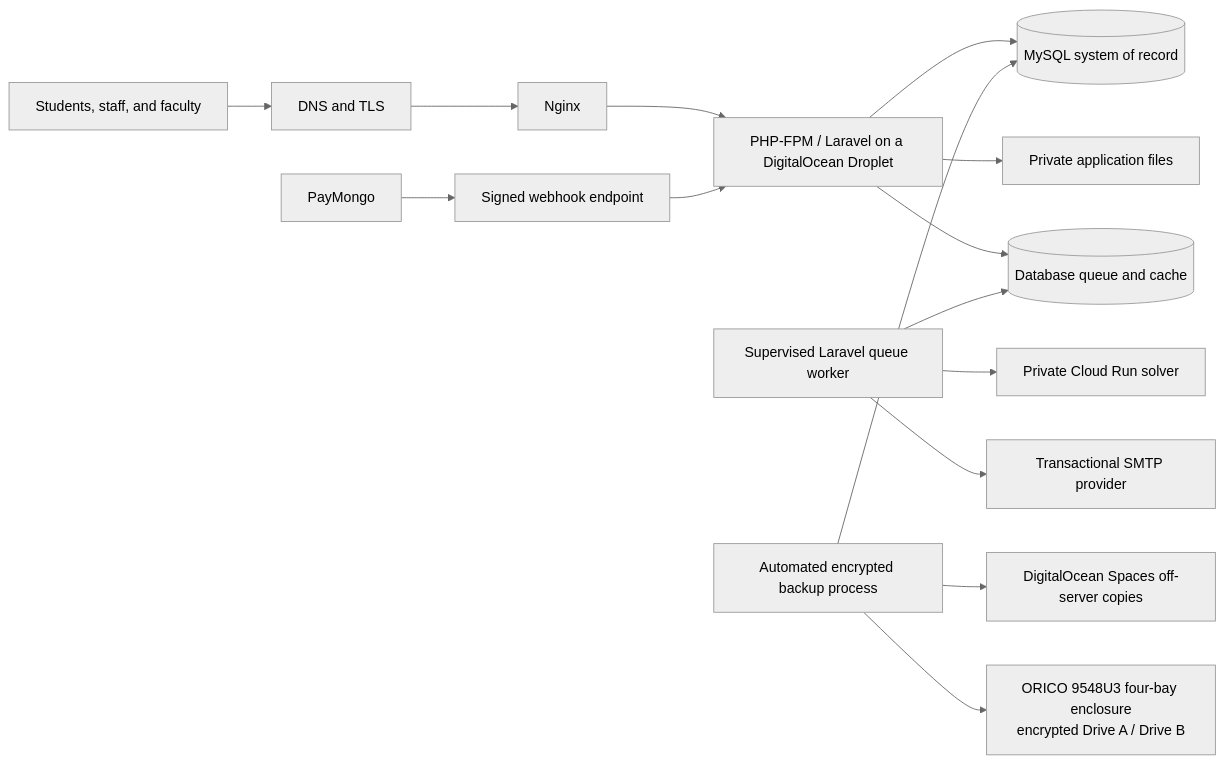
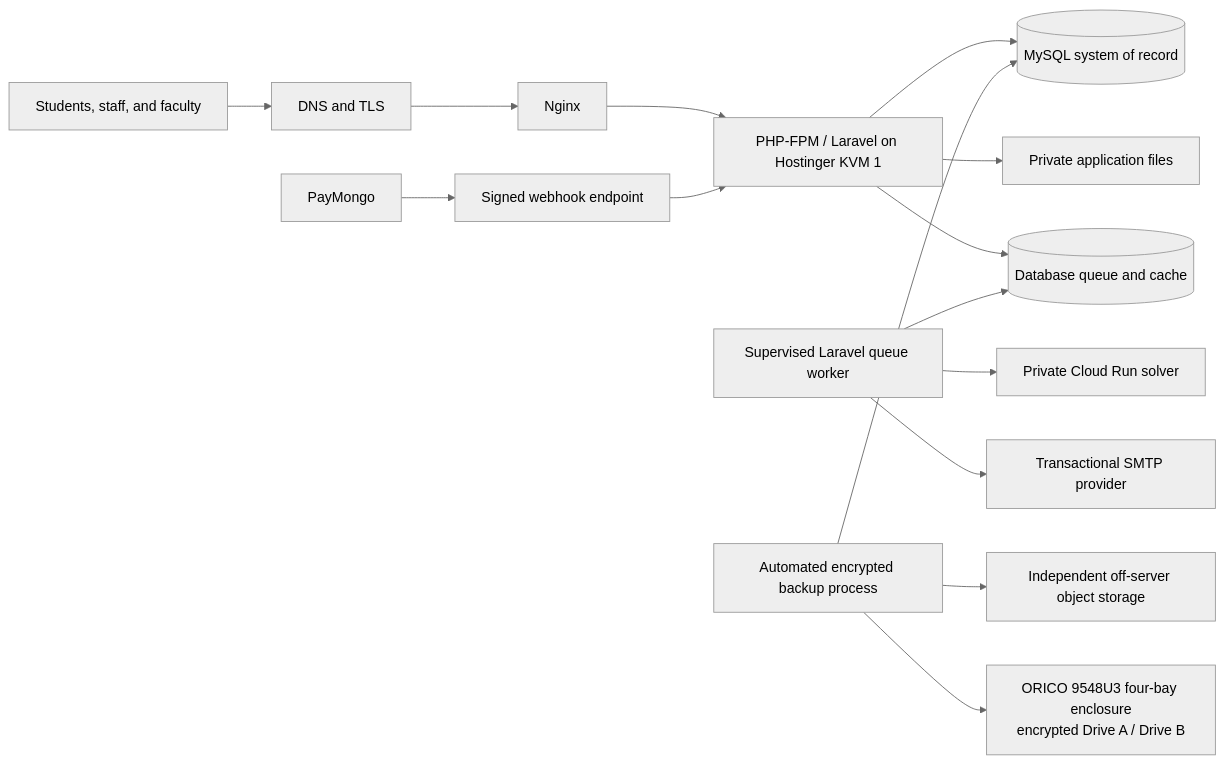
Before and after one commit to yosoykyle/SIA-TALA: the second of 2 diagrams in 00_Project_Documents/architecture_specification.md, drawn with Mermaid (neutral theme). The commit also changed other lines of this file and 80 other files, not shown here.

````diff
--- a/00_Project_Documents/architecture_specification.md
+++ b/00_Project_Documents/architecture_specification.md
@@ -615,17 +703,17 @@
 ```mermaid
 flowchart LR
     U["Students, staff, and faculty"] --> TLS["DNS and TLS"]
     TLS --> N["Nginx"]
-    N --> P["PHP-FPM / Laravel on a DigitalOcean Droplet"]
+    N --> P["PHP-FPM / Laravel on Hostinger KVM 1"]
     P --> DB[("MySQL system of record")]
     P --> FS["Private application files"]
     P --> Q[("Database queue and cache")]
     W["Supervised Laravel queue worker"] --> Q
     W --> CR["Private Cloud Run solver"]
     PM["PayMongo"] --> WH["Signed webhook endpoint"]
     WH --> P
     W --> SMTP["Transactional SMTP provider"]
     B["Automated encrypted backup process"] --> DB
-    B --> SP["DigitalOcean Spaces off-server copies"]
+    B --> OS["Independent off-server object storage"]
     B --> OH["ORICO 9548U3 four-bay enclosure<br/>encrypted Drive A / Drive B"]
 ```
````
